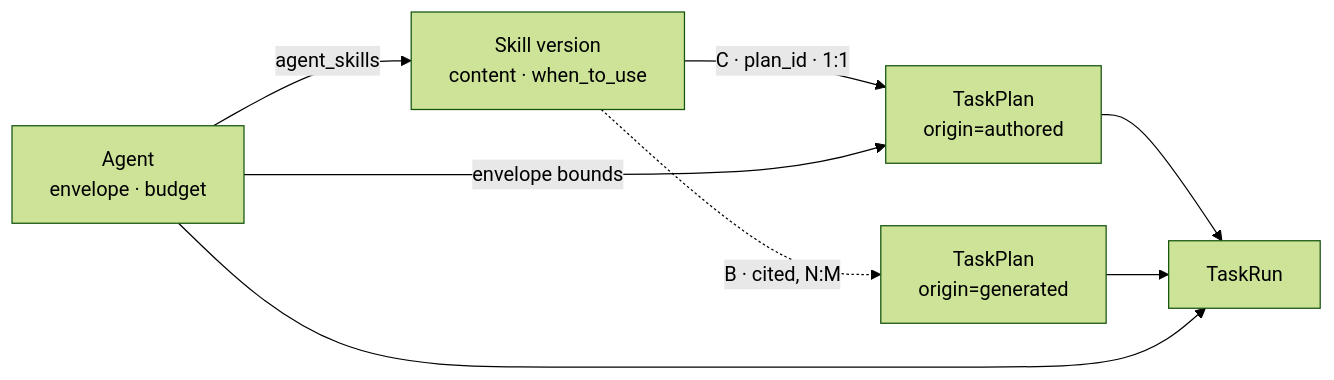
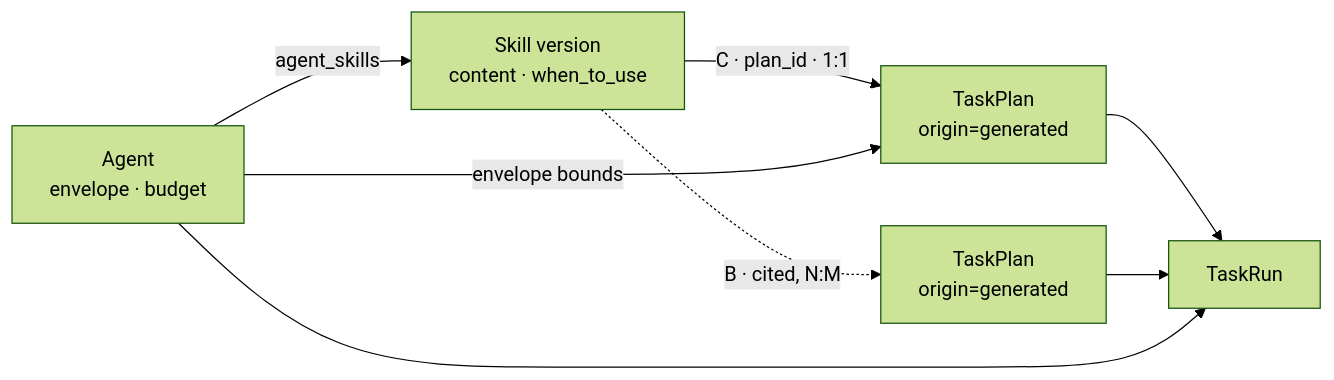
The sixth of 7 diagrams in docs/for-developers/orchestration.md (invana/invana), drawn with Mermaid (forest theme) before and after one commit. The commit also changed other lines of this file and 115 other files, not shown here.

````diff
--- a/docs/for-developers/orchestration.md
+++ b/docs/for-developers/orchestration.md
@@ -658,16 +657,16 @@
 ```mermaid
 flowchart LR
     SK["Skill version<br/>content · when_to_use"]
-    PL["TaskPlan<br/>origin=authored"]
+    PL["TaskPlan<br/>origin=generated"]
     GEN["TaskPlan<br/>origin=generated"]
     AG["Agent<br/>envelope · budget"]
     RUN["TaskRun"]
 
     SK -->|"C · plan_id · 1:1"| PL
     SK -.->|"B · cited, N:M"| GEN
     AG -->|agent_skills| SK
     AG -->|"envelope bounds"| PL
     PL --> RUN
     GEN --> RUN
     AG --> RUN
 ```
````
